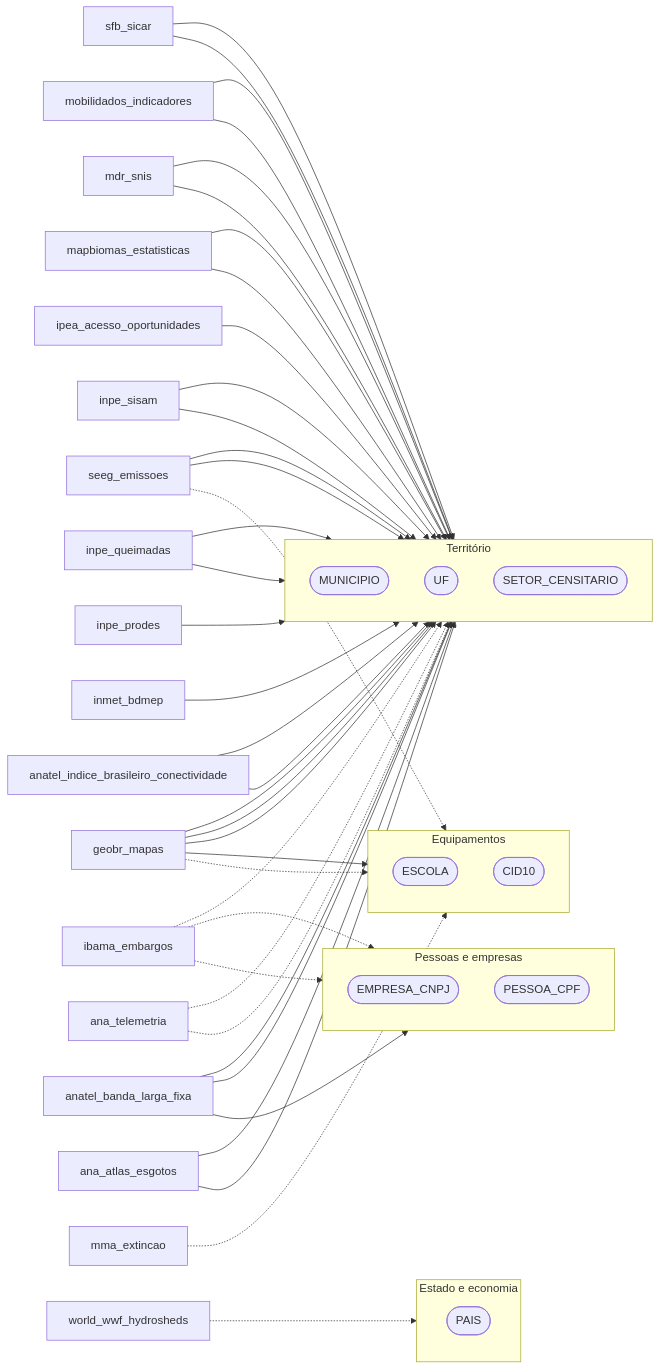
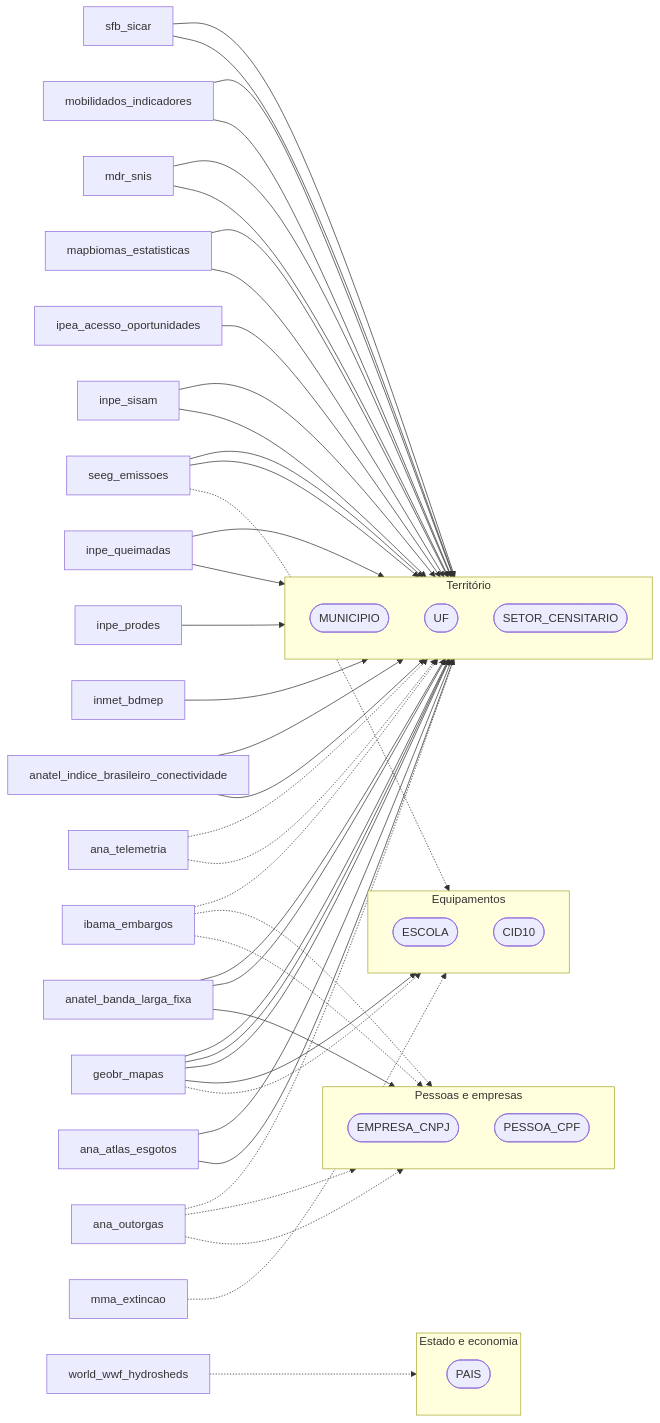
One commit to rafapolo/rodado changed the ninth of 11 diagrams in docs/Flow.md. Above: the diagram before and after it, drawn with Mermaid. The commit also changed other lines of this file and 15 other files, not shown here.

````diff
--- a/docs/Flow.md
+++ b/docs/Flow.md
@@ -750,78 +753,82 @@
 ```mermaid
 flowchart LR
     territorio_br_ana_atlas_esgotos["ana_atlas_esgotos"]
+    territorio_br_ana_outorgas["ana_outorgas"]
     territorio_br_ana_telemetria["ana_telemetria"]
     territorio_br_anatel_banda_larga_fixa["anatel_banda_larga_fixa"]
     territorio_br_anatel_indice_brasileiro_conectividade["anatel_indice_brasileiro_conectividade"]
     territorio_br_geobr_mapas["geobr_mapas"]
     territorio_br_ibama_embargos["ibama_embargos"]
     territorio_br_inmet_bdmep["inmet_bdmep"]
     territorio_br_inpe_prodes["inpe_prodes"]
     territorio_br_inpe_queimadas["inpe_queimadas"]
     territorio_br_inpe_sisam["inpe_sisam"]
     territorio_br_ipea_acesso_oportunidades["ipea_acesso_oportunidades"]
     territorio_br_mapbiomas_estatisticas["mapbiomas_estatisticas"]
     territorio_br_mdr_snis["mdr_snis"]
     territorio_br_mma_extincao["mma_extincao"]
     territorio_br_mobilidados_indicadores["mobilidados_indicadores"]
     territorio_br_seeg_emissoes["seeg_emissoes"]
     territorio_br_sfb_sicar["sfb_sicar"]
     territorio_world_wwf_hydrosheds["world_wwf_hydrosheds"]
     subgraph territorio_g_territ_rio["Território"]
         direction TB
         territorio_MUNICIPIO(["MUNICIPIO"])
         territorio_UF(["UF"])
         territorio_SETOR_CENSITARIO(["SETOR_CENSITARIO"])
     end
     subgraph territorio_g_pessoas_e_empresas["Pessoas e empresas"]
         direction TB
         territorio_EMPRESA_CNPJ(["EMPRESA_CNPJ"])
         territorio_PESSOA_CPF(["PESSOA_CPF"])
     end
     subgraph territorio_g_equipamentos["Equipamentos"]
         direction TB
         territorio_ESCOLA(["ESCOLA"])
         territorio_CID10(["CID10"])
     end
     subgraph territorio_g_estado_e_economia["Estado e economia"]
         direction TB
         territorio_PAIS(["PAIS"])
     end
     territorio_br_ana_atlas_esgotos --> territorio_MUNICIPIO
     territorio_br_ana_atlas_esgotos --> territorio_UF
+    territorio_br_ana_outorgas -.-> territorio_EMPRESA_CNPJ
+    territorio_br_ana_outorgas -.-> territorio_MUNICIPIO
+    territorio_br_ana_outorgas -.-> territorio_PESSOA_CPF
     territorio_br_ana_telemetria -.-> territorio_MUNICIPIO
     territorio_br_ana_telemetria -.-> territorio_UF
     territorio_br_anatel_banda_larga_fixa --> territorio_EMPRESA_CNPJ
     territorio_br_anatel_banda_larga_fixa --> territorio_MUNICIPIO
     territorio_br_anatel_banda_larga_fixa --> territorio_UF
     territorio_br_anatel_indice_brasileiro_conectividade --> territorio_MUNICIPIO
     territorio_br_anatel_indice_brasileiro_conectividade --> territorio_UF
     territorio_br_geobr_mapas -.-> territorio_CID10
     territorio_br_geobr_mapas --> territorio_ESCOLA
     territorio_br_geobr_mapas --> territorio_MUNICIPIO
     territorio_br_geobr_mapas --> territorio_SETOR_CENSITARIO
     territorio_br_geobr_mapas --> territorio_UF
     territorio_br_ibama_embargos -.-> territorio_EMPRESA_CNPJ
     territorio_br_ibama_embargos -.-> territorio_MUNICIPIO
     territorio_br_ibama_embargos -.-> territorio_PESSOA_CPF
     territorio_br_inmet_bdmep --> territorio_MUNICIPIO
     territorio_br_inpe_prodes --> territorio_MUNICIPIO
     territorio_br_inpe_queimadas --> territorio_MUNICIPIO
     territorio_br_inpe_queimadas --> territorio_UF
     territorio_br_inpe_sisam --> territorio_MUNICIPIO
     territorio_br_inpe_sisam --> territorio_UF
     territorio_br_ipea_acesso_oportunidades --> territorio_MUNICIPIO
     territorio_br_mapbiomas_estatisticas --> territorio_MUNICIPIO
     territorio_br_mapbiomas_estatisticas --> territorio_UF
     territorio_br_mdr_snis --> territorio_MUNICIPIO
     territorio_br_mdr_snis --> territorio_UF
     territorio_br_mma_extincao -.-> territorio_CID10
     territorio_br_mobilidados_indicadores --> territorio_MUNICIPIO
     territorio_br_mobilidados_indicadores --> territorio_UF
     territorio_br_seeg_emissoes -.-> territorio_CID10
     territorio_br_seeg_emissoes --> territorio_MUNICIPIO
     territorio_br_seeg_emissoes --> territorio_UF
     territorio_br_sfb_sicar --> territorio_MUNICIPIO
     territorio_br_sfb_sicar --> territorio_UF
     territorio_world_wwf_hydrosheds -.-> territorio_PAIS
 ```
````
